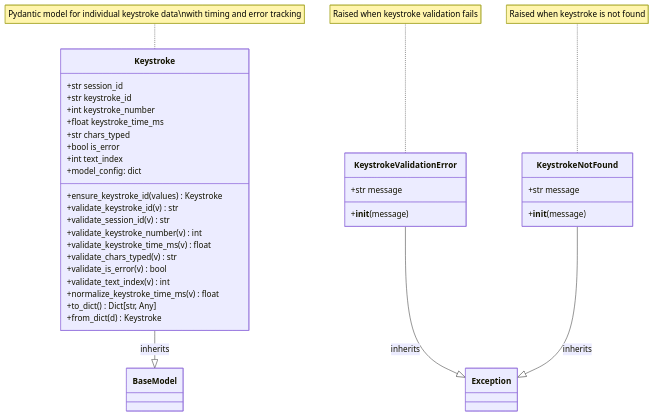
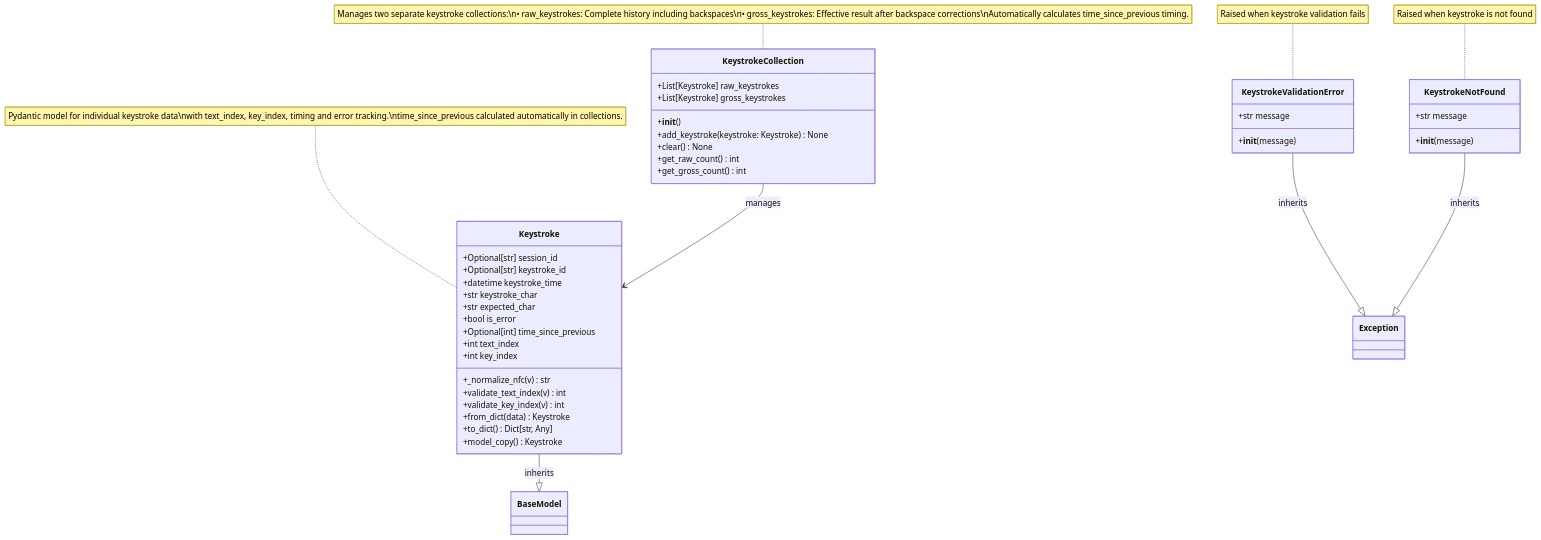
One commit to SeanAdams10/AITypingTrainer changed the diagram in ClassDiagrams/keystroke.md. Above: the diagram before and after it, drawn with Mermaid. The commit also changed other lines of this file and 9 other files, not shown here.

Commit message:
Part way through cleaning up keystroke manager and keystroke collections

````diff
--- a/ClassDiagrams/keystroke.md
+++ b/ClassDiagrams/keystroke.md
@@ -3,42 +3,50 @@
 ```mermaid
 classDiagram
     class Keystroke {
-        +str session_id
-        +str keystroke_id
-        +int keystroke_number
-        +float keystroke_time_ms
-        +str chars_typed
+        +Optional[str] session_id
+        +Optional[str] keystroke_id
+        +datetime keystroke_time
+        +str keystroke_char
+        +str expected_char
         +bool is_error
+        +Optional[int] time_since_previous
         +int text_index
-        +model_config: dict
-        +ensure_keystroke_id(values) Keystroke
-        +validate_keystroke_id(v) str
-        +validate_session_id(v) str
-        +validate_keystroke_number(v) int
-        +validate_keystroke_time_ms(v) float
-        +validate_chars_typed(v) str
-        +validate_is_error(v) bool
+        +int key_index
+        +_normalize_nfc(v) str
         +validate_text_index(v) int
-        +normalize_keystroke_time_ms(v) float
+        +validate_key_index(v) int
+        +from_dict(data) Keystroke
         +to_dict() Dict[str, Any]
-        +from_dict(d) Keystroke
+        +model_copy() Keystroke
+    }
+
+    class KeystrokeCollection {
+        +List[Keystroke] raw_keystrokes
+        +List[Keystroke] gross_keystrokes
+        +__init__()
+        +add_keystroke(keystroke: Keystroke) None
+        +clear() None
+        +get_raw_count() int
+        +get_gross_count() int
     }
 
     class KeystrokeValidationError {
         +str message
         +__init__(message)
     }
 
     class KeystrokeNotFound {
         +str message
         +__init__(message)
     }
 
     Keystroke --|> BaseModel : inherits
+    KeystrokeCollection --> Keystroke : manages
     KeystrokeValidationError --|> Exception : inherits
     KeystrokeNotFound --|> Exception : inherits
 
-    note for Keystroke "Pydantic model for individual keystroke data\nwith timing and error tracking"
+    note for Keystroke "Pydantic model for individual keystroke data\nwith text_index, key_index, timing and error tracking.\ntime_since_previous calculated automatically in collections."
+    note for KeystrokeCollection "Manages two separate keystroke collections:\n• raw_keystrokes: Complete history including backspaces\n• gross_keystrokes: Effective result after backspace corrections\nAutomatically calculates time_since_previous timing."
     note for KeystrokeValidationError "Raised when keystroke validation fails"
     note for KeystrokeNotFound "Raised when keystroke is not found"
 ```
````
